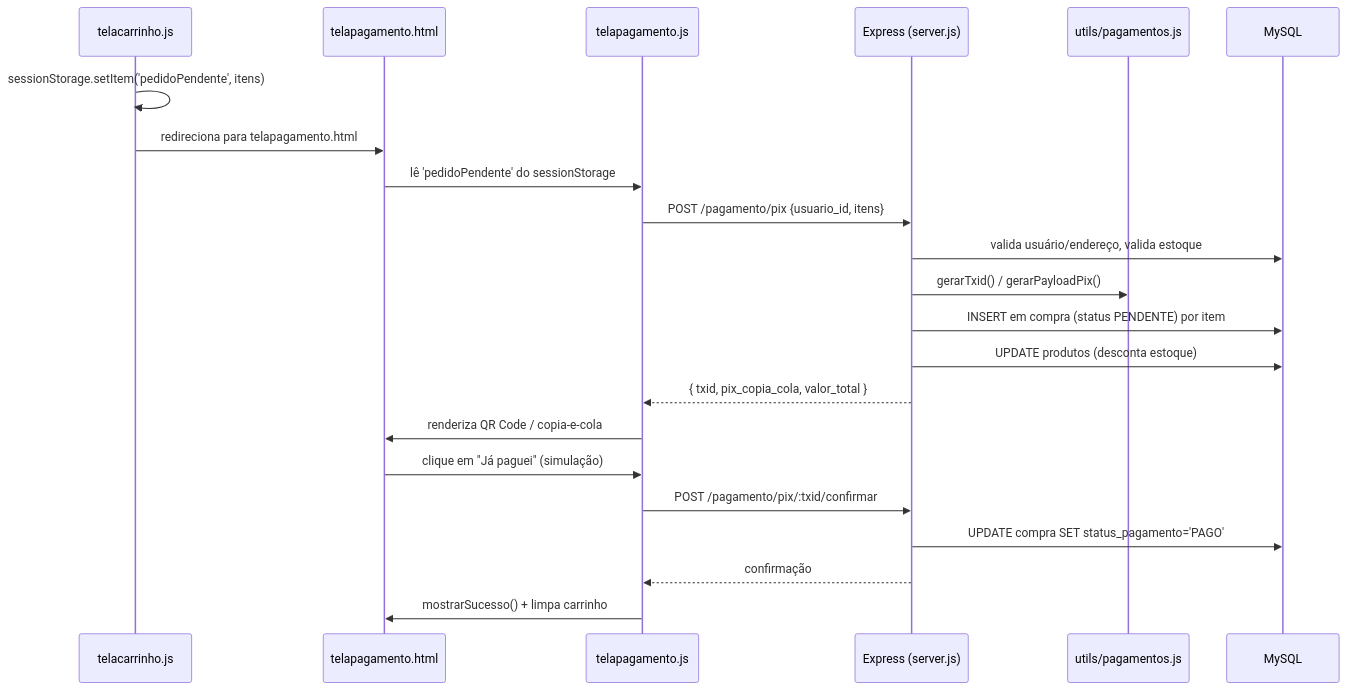
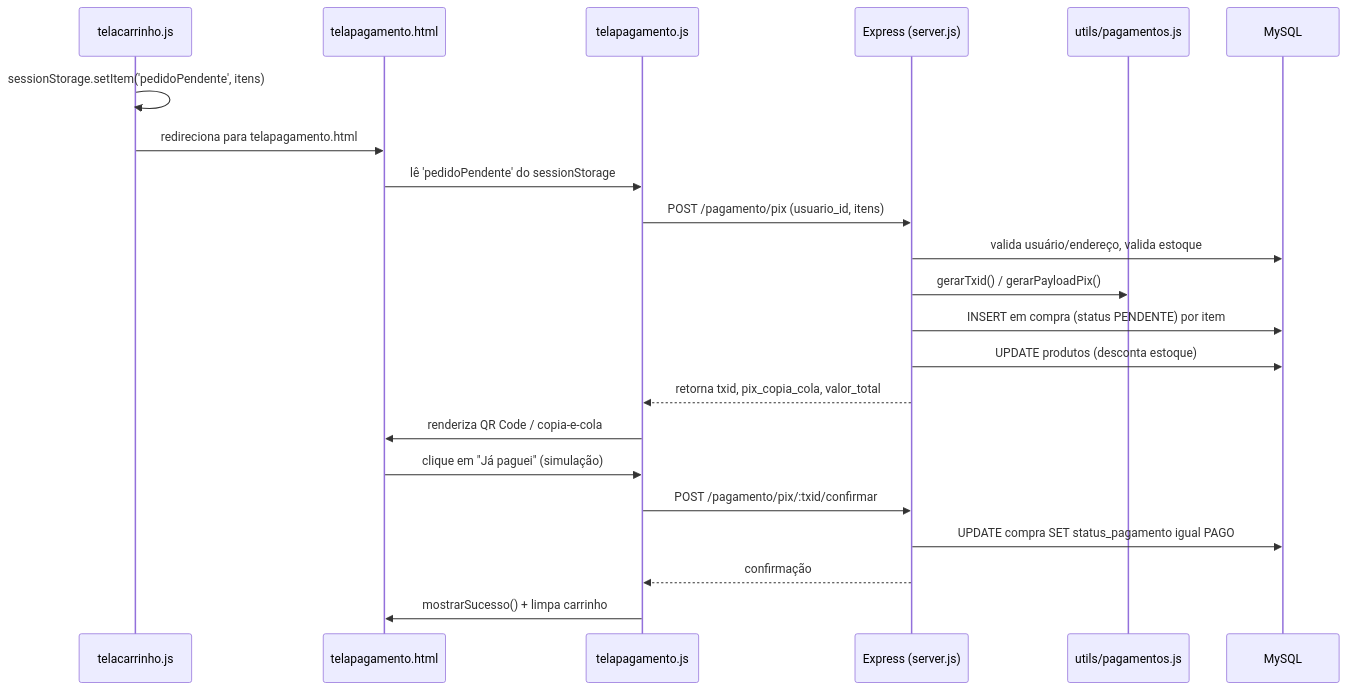
One commit to Muzgeist/nexus_site changed the sixth of 7 diagrams in readme.md. Above: the diagram before and after it, drawn with Mermaid. The commit also changed other lines of this file and 1 other file, not shown here.

````diff
--- a/readme.md
+++ b/readme.md
@@ -244,25 +255,25 @@
 ```mermaid
 sequenceDiagram
     participant Carrinho as telacarrinho.js
     participant UI as telapagamento.html
     participant JS as telapagamento.js
     participant API as Express (server.js)
     participant Util as utils/pagamentos.js
     participant DB as MySQL
 
     Carrinho ->> Carrinho: sessionStorage.setItem('pedidoPendente', itens)
     Carrinho ->> UI: redireciona para telapagamento.html
     UI ->> JS: lê 'pedidoPendente' do sessionStorage
-    JS ->> API: POST /pagamento/pix {usuario_id, itens}
+    JS ->> API: POST /pagamento/pix (usuario_id, itens)
     API ->> DB: valida usuário/endereço, valida estoque
     API ->> Util: gerarTxid() / gerarPayloadPix()
     API ->> DB: INSERT em compra (status PENDENTE) por item
     API ->> DB: UPDATE produtos (desconta estoque)
-    API -->> JS: { txid, pix_copia_cola, valor_total }
+    API -->> JS: retorna txid, pix_copia_cola, valor_total
     JS ->> UI: renderiza QR Code / copia-e-cola
     UI ->> JS: clique em "Já paguei" (simulação)
     JS ->> API: POST /pagamento/pix/:txid/confirmar
-    API ->> DB: UPDATE compra SET status_pagamento='PAGO'
+    API ->> DB: UPDATE compra SET status_pagamento igual PAGO
     API -->> JS: confirmação
     JS ->> UI: mostrarSucesso() + limpa carrinho
 ```
````
